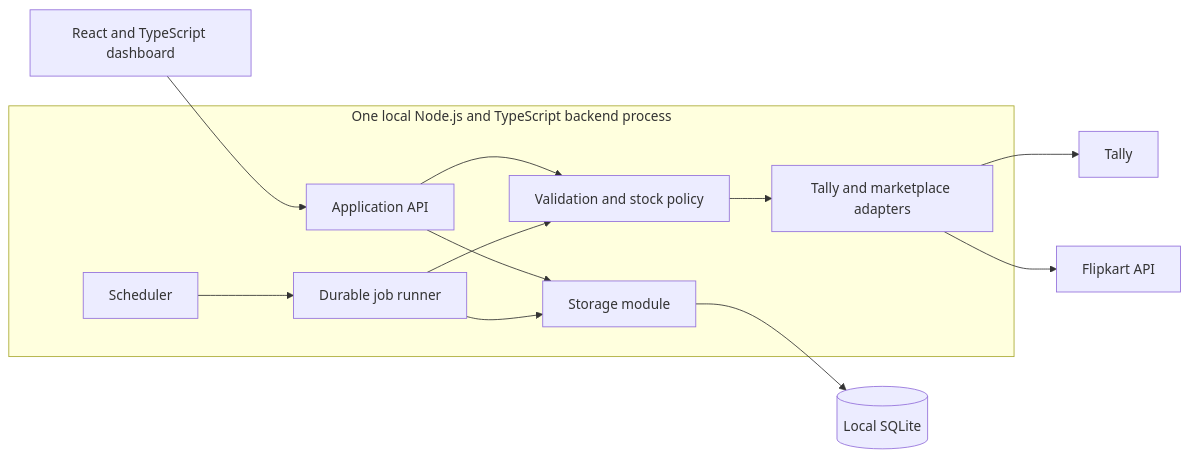
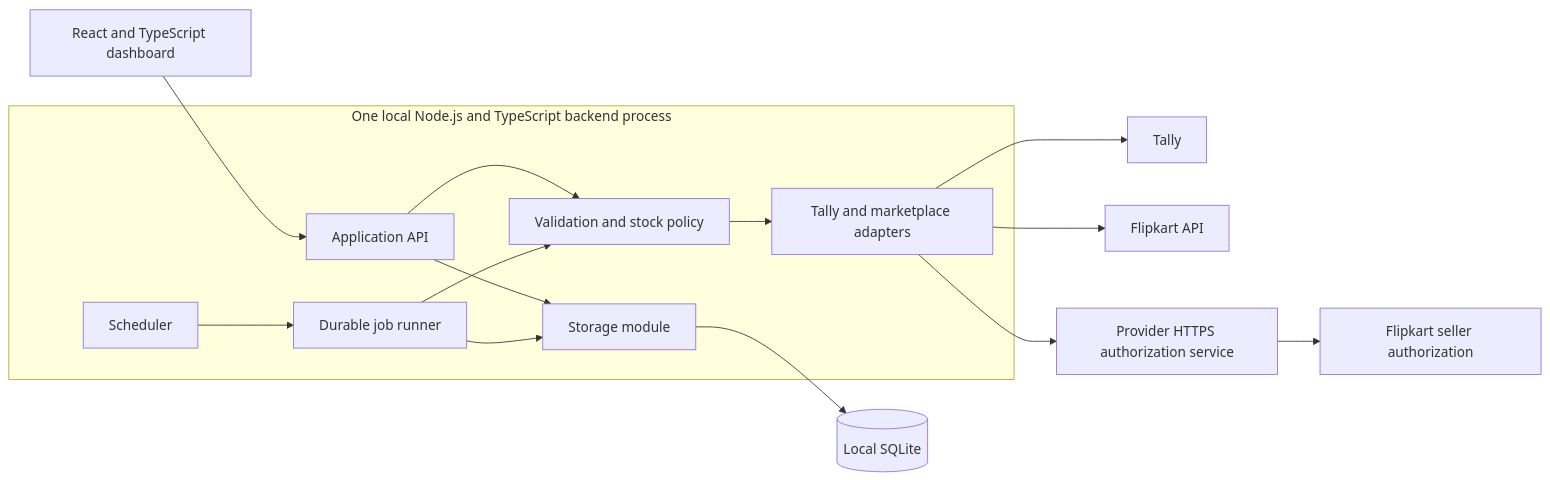
Before and after one commit to hingadtyre/TallyIntegration: the diagram in docs/design/architecture.md, drawn with Mermaid. The commit also changed other lines of this file and 6 other files, not shown here.

Commit message:
Define customer release scope and provider-managed authorization

````diff
--- a/docs/design/architecture.md
+++ b/docs/design/architecture.md
@@ -15,15 +15,17 @@
 ```mermaid
 flowchart LR
     UI[React and TypeScript dashboard] --> API
     subgraph Local[One local Node.js and TypeScript backend process]
         API[Application API] --> POLICY[Validation and stock policy]
         SCHED[Scheduler] --> JOBS[Durable job runner]
         JOBS --> POLICY
         POLICY --> ADAPTERS[Tally and marketplace adapters]
         API --> STORE[Storage module]
         JOBS --> STORE
     end
     STORE --> DB[(Local SQLite)]
     ADAPTERS --> TALLY[Tally]
     ADAPTERS --> FK[Flipkart API]
+    ADAPTERS --> AUTH[Provider HTTPS authorization service]
+    AUTH --> CONSENT[Flipkart seller authorization]
 ```
````
